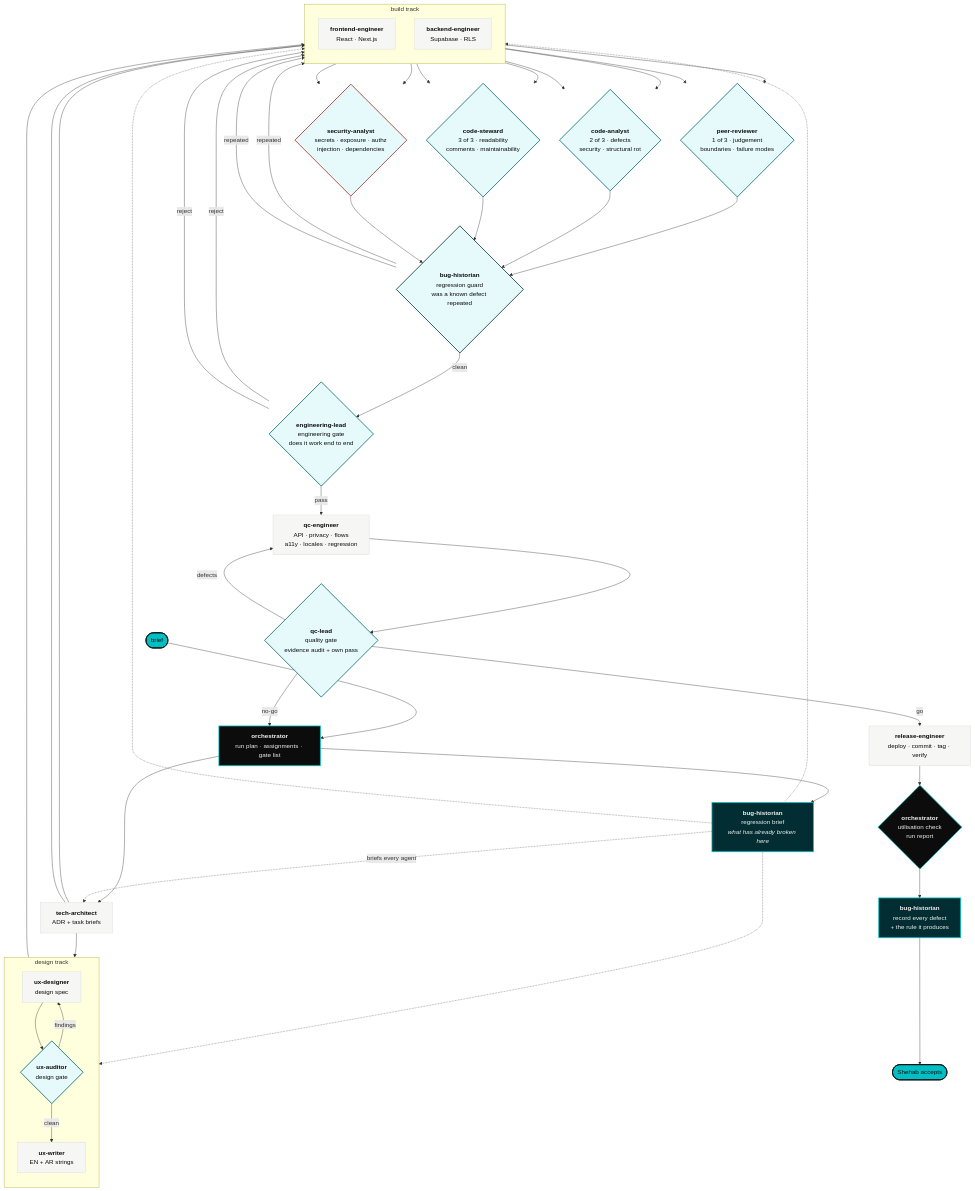
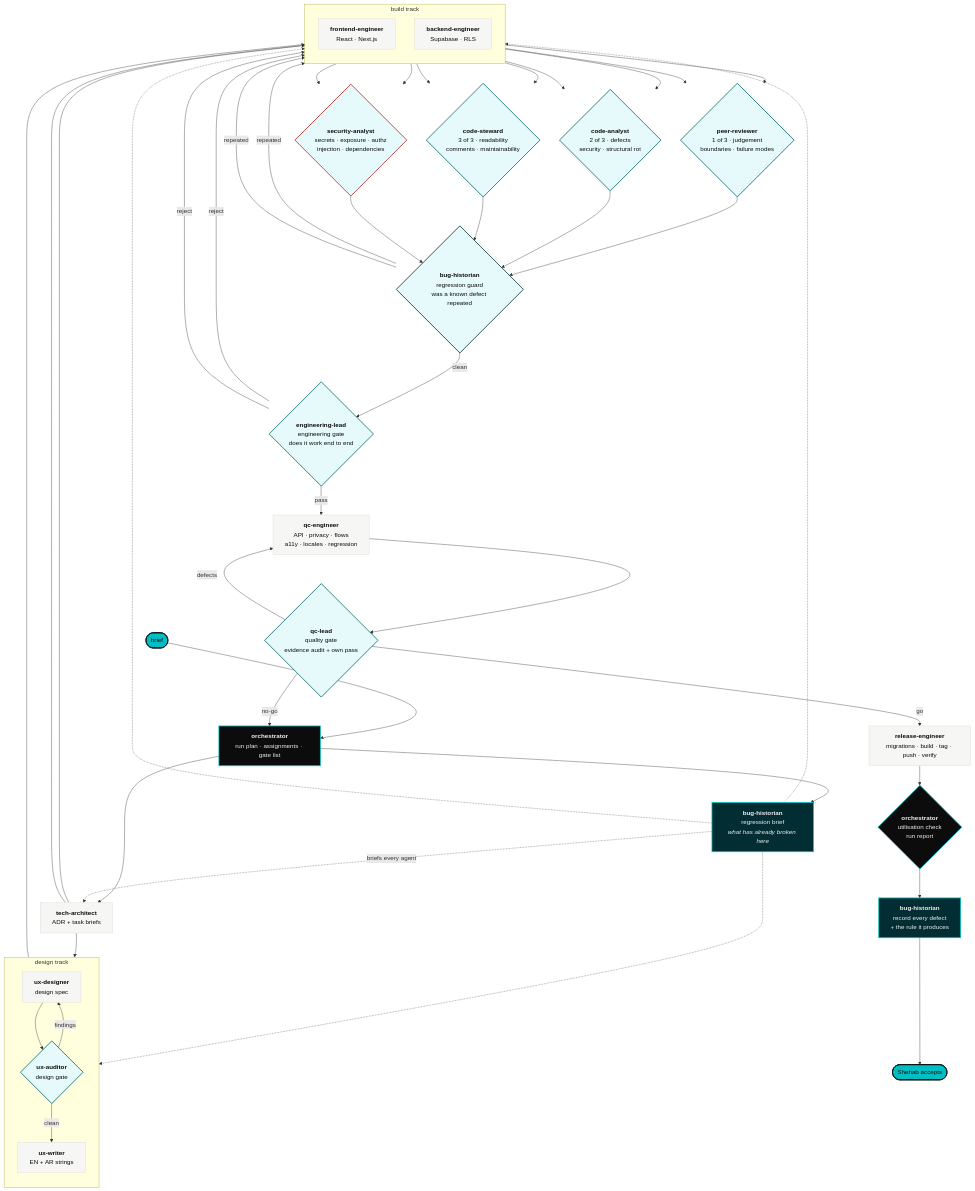
The first of 3 diagrams in docs/WORKFLOW.md (Shehabov/actio), drawn with Mermaid before and after one commit. The commit also changed other lines of this file and 44 other files, not shown here.

```diff
--- a/docs/WORKFLOW.md
+++ b/docs/WORKFLOW.md
@@ -83,7 +83,7 @@
   QCL -- "no-go" --> ORC
   QCL -- "go" --> REL
 
-  REL["<b>release-engineer</b><br/>deploy · commit · tag · verify"]:::make
+  REL["<b>release-engineer</b><br/>migrations · build · tag · push · verify"]:::make
   REL --> CLOSE
 
   CLOSE{"<b>orchestrator</b><br/>utilisation check<br/>run report"}:::orc
```
